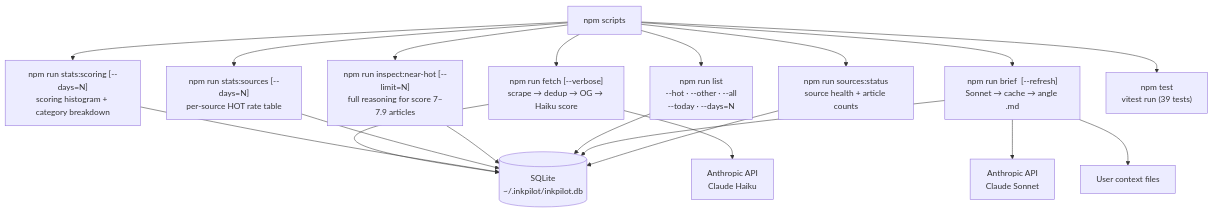
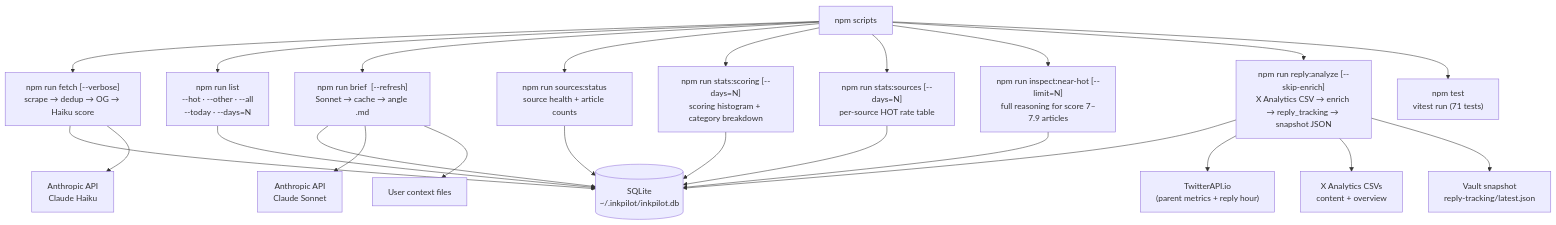
One commit to hoanghieu512/InkPilot changed the second of 5 diagrams in PROJECT_OVERVIEW.md. Above: the diagram before and after it, drawn with Mermaid. The commit also changed other lines of this file, not shown here.

````diff
--- a/PROJECT_OVERVIEW.md
+++ b/PROJECT_OVERVIEW.md
@@ -159,23 +161,28 @@
 ```mermaid
 flowchart TB
   CLI["npm scripts"]
   CLI --> FETCH["npm run fetch [--verbose]\nscrape → dedup → OG → Haiku score"]
   CLI --> LIST["npm run list\n--hot · --other · --all\n--today · --days=N"]
   CLI --> BRIEF["npm run brief <id> [--refresh]\nSonnet → cache → angle .md"]
   CLI --> STATUS["npm run sources:status\nsource health + article counts"]
   CLI --> STATS_S["npm run stats:scoring [--days=N]\nscoring histogram + category breakdown"]
   CLI --> STATS_SRC["npm run stats:sources [--days=N]\nper-source HOT rate table"]
   CLI --> INSPECT["npm run inspect:near-hot [--limit=N]\nfull reasoning for score 7–7.9 articles"]
-  CLI --> TEST["npm test\nvitest run (39 tests)"]
+  CLI --> REPLY["npm run reply:analyze [--skip-enrich]\nX Analytics CSV → enrich → reply_tracking → snapshot JSON"]
+  CLI --> TEST["npm test\nvitest run (71 tests)"]
 
   FETCH --> DB[("SQLite\n~/.inkpilot/inkpilot.db")]
   STATS_S --> DB
   STATS_SRC --> DB
   INSPECT --> DB
   FETCH --> AN_H["Anthropic API\nClaude Haiku"]
   LIST --> DB
   BRIEF --> DB
   BRIEF --> AN_S["Anthropic API\nClaude Sonnet"]
   BRIEF --> UC["User context files"]
   STATUS --> DB
+  REPLY --> DB
+  REPLY --> TAPI["TwitterAPI.io\n(parent metrics + reply hour)"]
+  REPLY --> CSV["X Analytics CSVs\ncontent + overview"]
+  REPLY --> SNAP["Vault snapshot\nreply-tracking/latest.json"]
 ```
````
